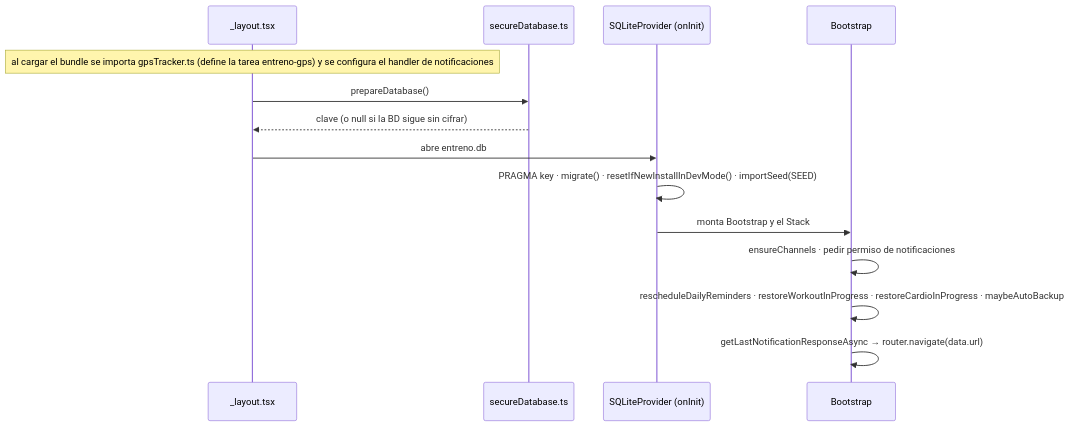
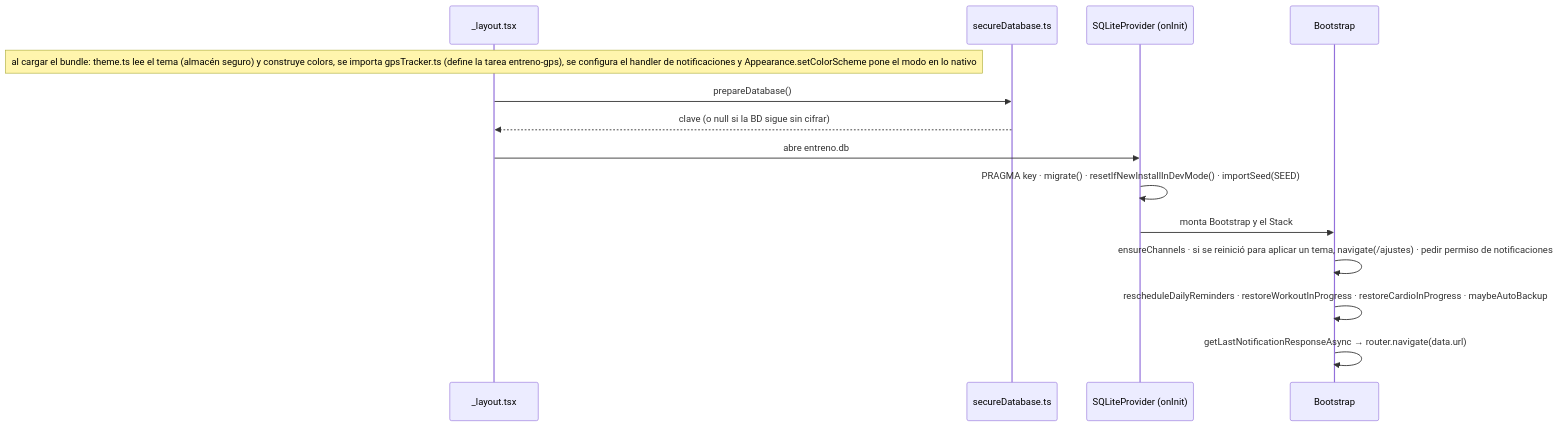
Before and after one commit to fabgs/asistente-entrenamiento: the second of 11 diagrams in ARCHITECTURE.md, drawn with Mermaid. The commit also changed other lines of this file and 40 other files, not shown here.

````diff
--- a/ARCHITECTURE.md
+++ b/ARCHITECTURE.md
@@ -93,16 +94,16 @@
 ```mermaid
 sequenceDiagram
   participant L as _layout.tsx
   participant S as secureDatabase.ts
   participant P as SQLiteProvider (onInit)
   participant B as Bootstrap
-  Note over L: al cargar el bundle se importa gpsTracker.ts (define la tarea entreno-gps) y se configura el handler de notificaciones
+  Note over L: al cargar el bundle: theme.ts lee el tema (almacén seguro) y construye colors, se importa gpsTracker.ts (define la tarea entreno-gps), se configura el handler de notificaciones y Appearance.setColorScheme pone el modo en lo nativo
   L->>S: prepareDatabase()
   S-->>L: clave (o null si la BD sigue sin cifrar)
   L->>P: abre entreno.db
   P->>P: PRAGMA key · migrate() · resetIfNewInstallInDevMode() · importSeed(SEED)
   P->>B: monta Bootstrap y el Stack
-  B->>B: ensureChannels · pedir permiso de notificaciones
+  B->>B: ensureChannels · si se reinició para aplicar un tema, navigate(/ajustes) · pedir permiso de notificaciones
   B->>B: rescheduleDailyReminders · restoreWorkoutInProgress · restoreCardioInProgress · maybeAutoBackup
   B->>B: getLastNotificationResponseAsync → router.navigate(data.url)
 ```
````
